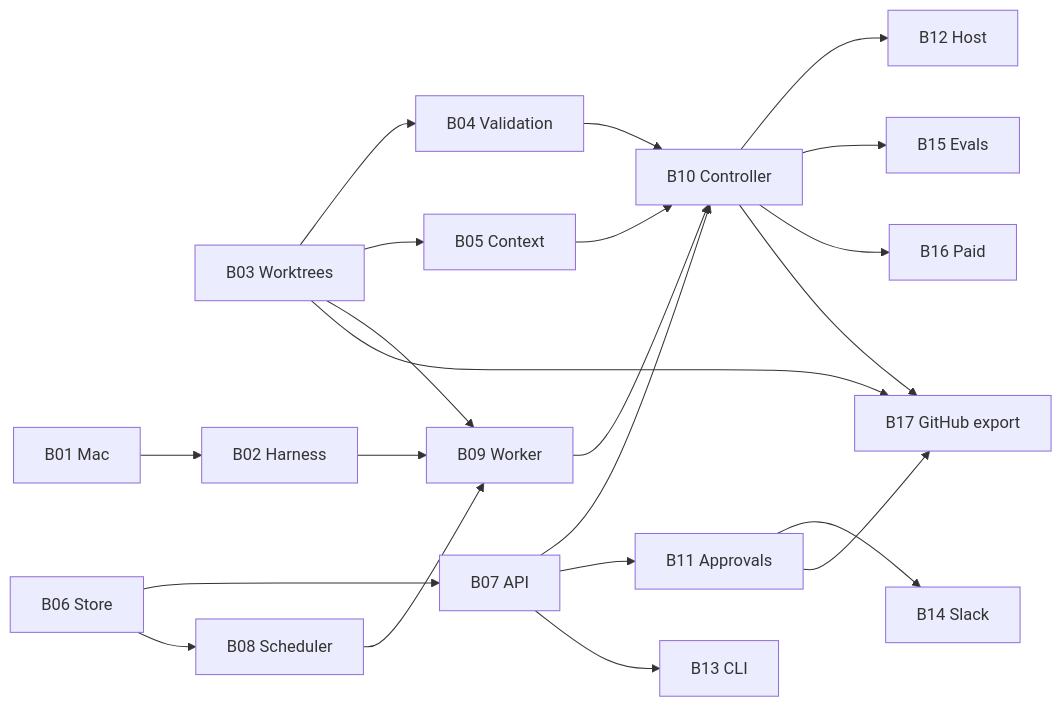
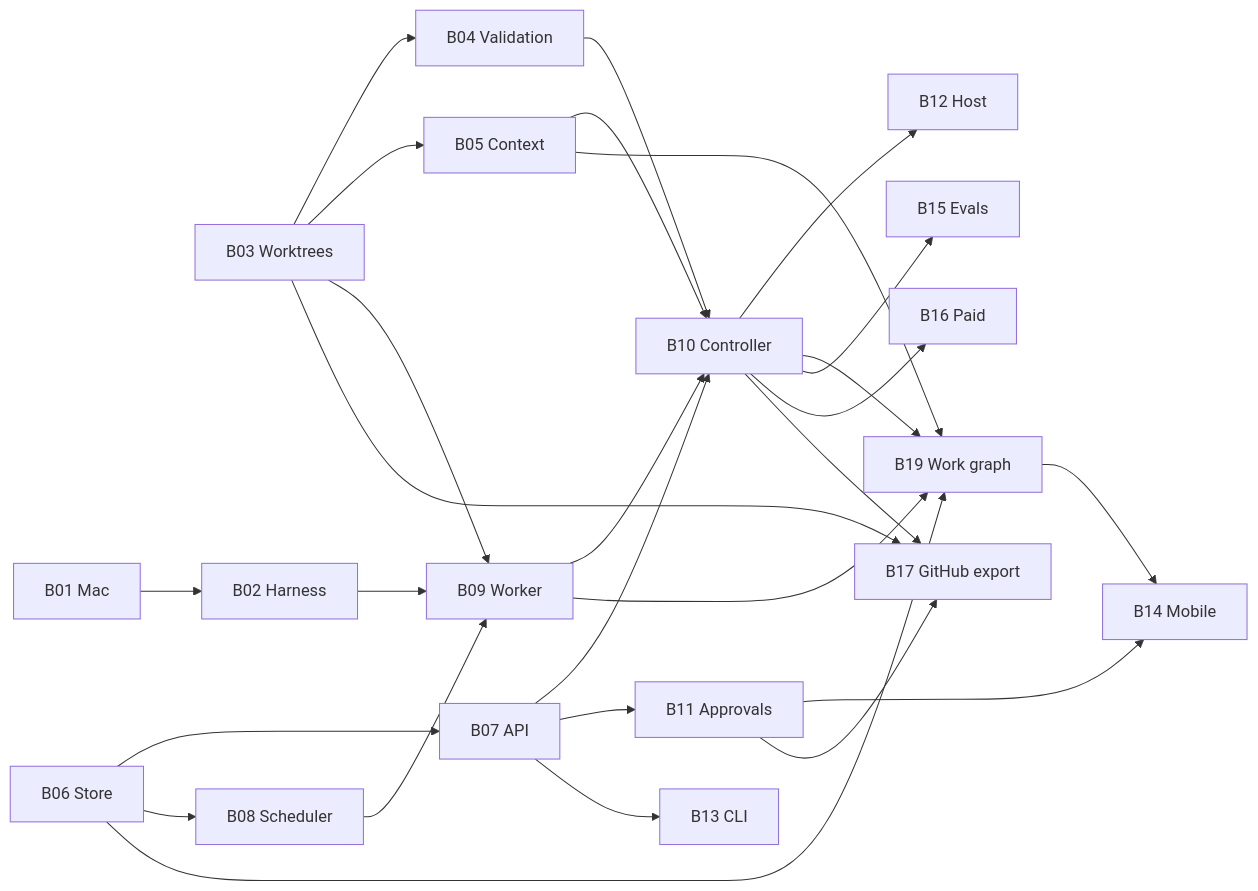
Before and after one commit to MajestaNet/two: the diagram in docs/backlog/README.md, drawn with Mermaid. The commit also changed other lines of this file and 32 other files, not shown here.

````diff
--- a/docs/backlog/README.md
+++ b/docs/backlog/README.md
@@ -74,41 +75,47 @@
 ```mermaid
 flowchart LR
   B01[B01 Mac]
   B03[B03 Worktrees]
   B06[B06 Store]
   B02[B02 Harness]
   B04[B04 Validation]
   B05[B05 Context]
   B07[B07 API]
   B08[B08 Scheduler]
   B09[B09 Worker]
   B10[B10 Controller]
   B11[B11 Approvals]
   B13[B13 CLI]
   B12[B12 Host]
-  B14[B14 Slack]
+  B19[B19 Work graph]
+  B14[B14 Mobile]
   B15[B15 Evals]
   B16[B16 Paid]
   B17[B17 GitHub export]
   B01 --> B02
   B03 --> B04
   B03 --> B05
   B06 --> B07
   B06 --> B08
   B02 --> B09
   B03 --> B09
   B08 --> B09
   B04 --> B10
   B05 --> B10
   B07 --> B10
   B09 --> B10
   B07 --> B11
   B10 --> B12
   B07 --> B13
+  B05 --> B19
+  B06 --> B19
+  B09 --> B19
+  B10 --> B19
   B11 --> B14
+  B19 --> B14
   B10 --> B15
   B10 --> B16
   B03 --> B17
   B10 --> B17
   B11 --> B17
 ```
````
